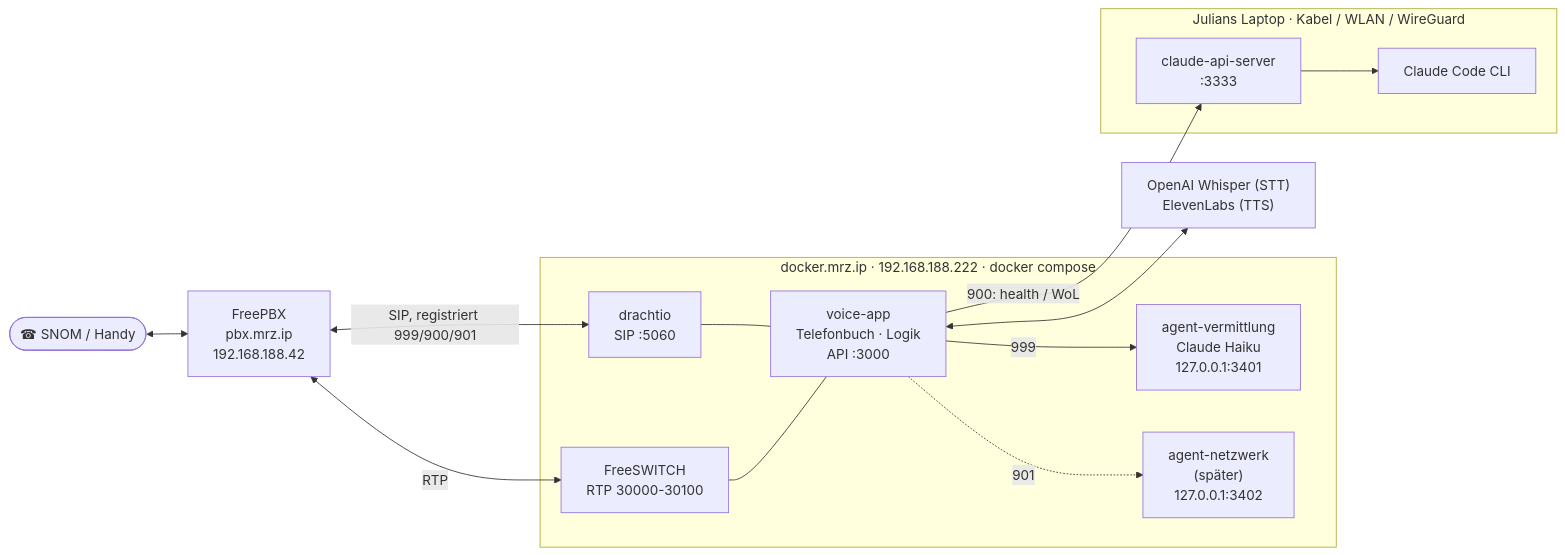
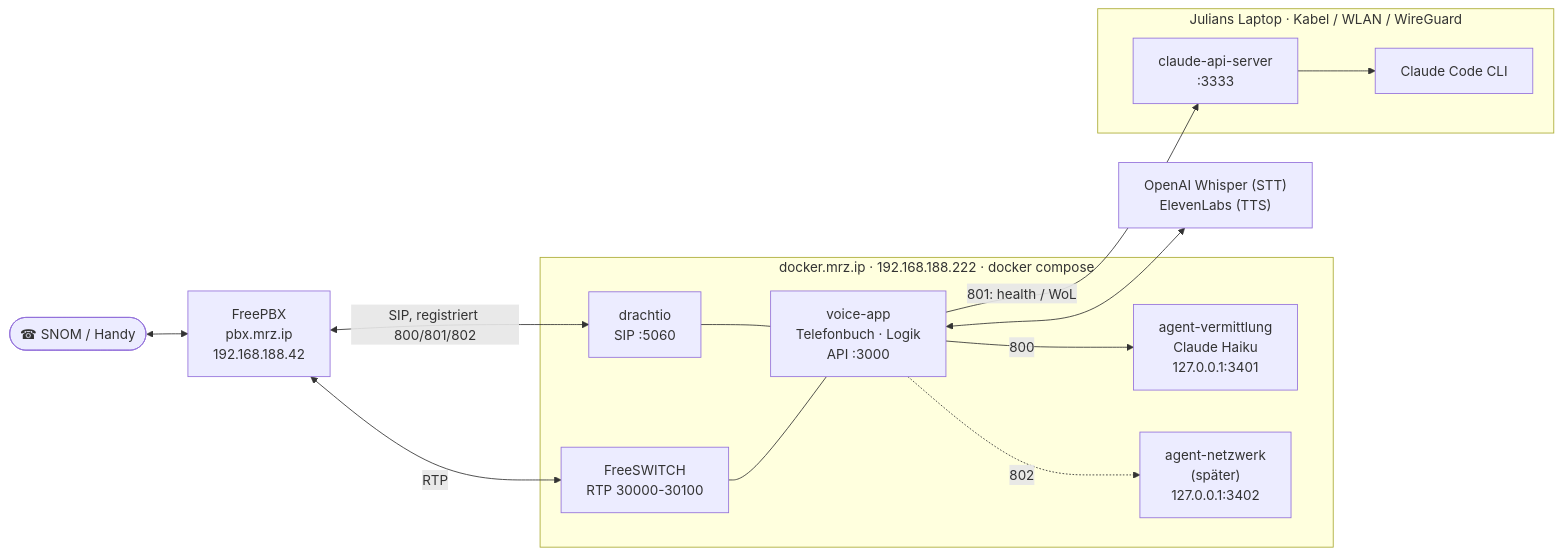
The first of 4 diagrams in README.md (dajuly20/claude-phone-freepbx), drawn with Mermaid before and after one commit. The commit also changed other lines of this file and 5 other files, not shown here.

First line of the commit message:
feat: Nebenstellen auf 800 (Vermittlung), 801 (Rechner), 802 (Netzwerk) umgestellt

````diff
--- a/README.md
+++ b/README.md
@@ -31,31 +31,31 @@
 ```mermaid
 flowchart LR
     phone(["☎ SNOM / Handy"])
     pbx["FreePBX<br/>pbx.mrz.ip<br/>192.168.188.42"]
 
     subgraph docker["docker.mrz.ip · 192.168.188.222 · docker compose"]
         drachtio["drachtio<br/>SIP :5060"]
         fs["FreeSWITCH<br/>RTP 30000-30100"]
         voice["voice-app<br/>Telefonbuch · Logik<br/>API :3000"]
         vermittlung["agent-vermittlung<br/>Claude Haiku<br/>127.0.0.1:3401"]
         netzwerk["agent-netzwerk<br/>(später)<br/>127.0.0.1:3402"]
     end
 
     subgraph laptop["Julians Laptop · Kabel / WLAN / WireGuard"]
         api["claude-api-server<br/>:3333"]
         cc["Claude Code CLI"]
     end
 
     cloud["OpenAI Whisper (STT)<br/>ElevenLabs (TTS)"]
 
     phone <--> pbx
-    pbx <-- "SIP, registriert 999/900/901" --> drachtio
+    pbx <-- "SIP, registriert 800/801/802" --> drachtio
     pbx <-- RTP --> fs
     drachtio --- voice
     fs --- voice
-    voice -- "999" --> vermittlung
-    voice -. "901" .-> netzwerk
-    voice -- "900: health / WoL" --> api
+    voice -- "800" --> vermittlung
+    voice -. "802" .-> netzwerk
+    voice -- "801: health / WoL" --> api
     api --> cc
     voice <--> cloud
 ```
````
